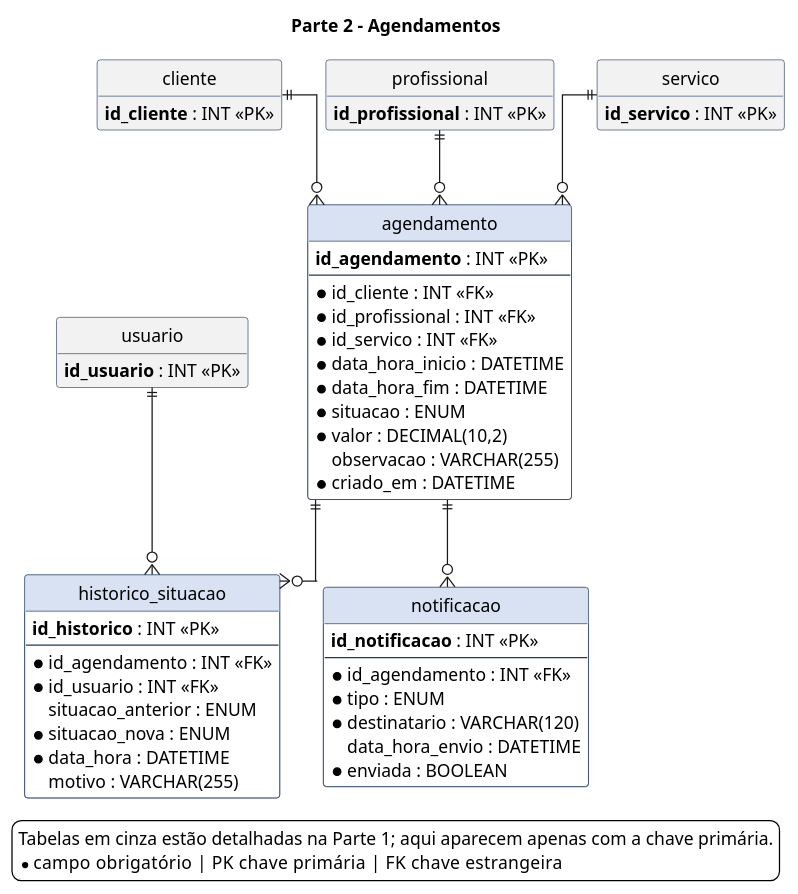
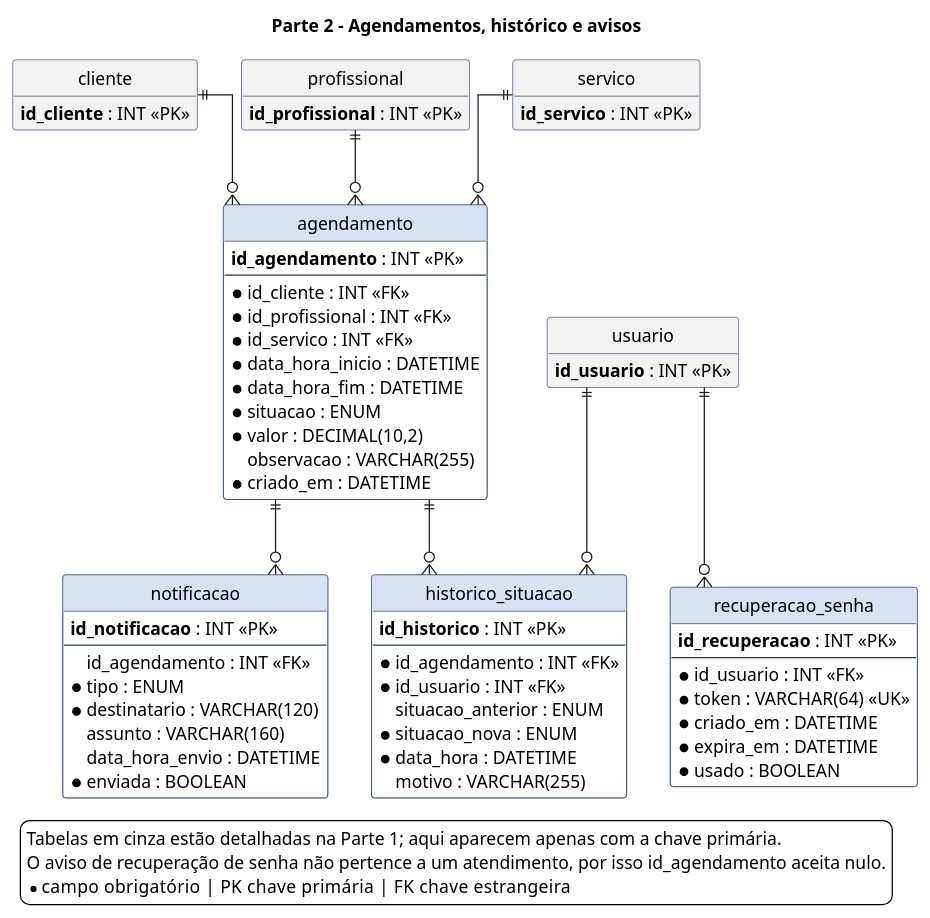
Before and after one commit to Gdzinn1200/Sabine_Atividade: the diagram in banco-de-dados/logico2.puml, drawn with PlantUML. The commit also changed 4 other files, not shown here.

First line of the commit message:
docs: incluir recuperacao_senha e as colunas novas no modelo logico

```diff
--- a/banco-de-dados/logico2.puml
+++ b/banco-de-dados/logico2.puml
@@ -1,72 +1,85 @@
 @startuml
 skinparam backgroundColor transparent
 skinparam shadowing false
 skinparam defaultFontName Helvetica
 skinparam defaultFontSize 14
 skinparam linetype ortho
 skinparam class {
   BackgroundColor #FFFFFF
   BorderColor #1F3864
   HeaderBackgroundColor #D9E2F3
 }
 hide circle
 hide methods
-title Parte 2 - Agendamentos
+title Parte 2 - Agendamentos, histórico e avisos
 
 entity "cliente" as cliente #F2F2F2 {
   <b>id_cliente</b> : INT <<PK>>
 }
 entity "profissional" as profissional #F2F2F2 {
   <b>id_profissional</b> : INT <<PK>>
 }
 entity "servico" as servico #F2F2F2 {
   <b>id_servico</b> : INT <<PK>>
 }
 entity "usuario" as usuario #F2F2F2 {
   <b>id_usuario</b> : INT <<PK>>
 }
 entity "agendamento" as agendamento {
   <b>id_agendamento</b> : INT <<PK>>
   --
   * id_cliente : INT <<FK>>
   * id_profissional : INT <<FK>>
   * id_servico : INT <<FK>>
   * data_hora_inicio : DATETIME
   * data_hora_fim : DATETIME
   * situacao : ENUM
   * valor : DECIMAL(10,2)
   observacao : VARCHAR(255)
   * criado_em : DATETIME
 }
 entity "historico_situacao" as historico {
   <b>id_historico</b> : INT <<PK>>
   --
   * id_agendamento : INT <<FK>>
   * id_usuario : INT <<FK>>
   situacao_anterior : ENUM
   * situacao_nova : ENUM
   * data_hora : DATETIME
   motivo : VARCHAR(255)
 }
 entity "notificacao" as notificacao {
   <b>id_notificacao</b> : INT <<PK>>
   --
-  * id_agendamento : INT <<FK>>
+  id_agendamento : INT <<FK>>
   * tipo : ENUM
   * destinatario : VARCHAR(120)
+  assunto : VARCHAR(160)
   data_hora_envio : DATETIME
   * enviada : BOOLEAN
+}
+
+entity "recuperacao_senha" as recuperacao {
+  <b>id_recuperacao</b> : INT <<PK>>
+  --
+  * id_usuario : INT <<FK>>
+  * token : VARCHAR(64) <<UK>>
+  * criado_em : DATETIME
+  * expira_em : DATETIME
+  * usado : BOOLEAN
 }
 
 cliente ||--o{ agendamento
 profissional ||--o{ agendamento
 servico ||--o{ agendamento
 agendamento ||--o{ historico
+usuario ||--o{ historico
+usuario ||--o{ recuperacao
 agendamento ||--o{ notificacao
-usuario ||--o{ historico
 
 legend bottom
   Tabelas em cinza estão detalhadas na Parte 1; aqui aparecem apenas com a chave primária.
+  O aviso de recuperação de senha não pertence a um atendimento, por isso id_agendamento aceita nulo.
   * campo obrigatório  |  PK chave primária  |  FK chave estrangeira
 endlegend
 @enduml
```
